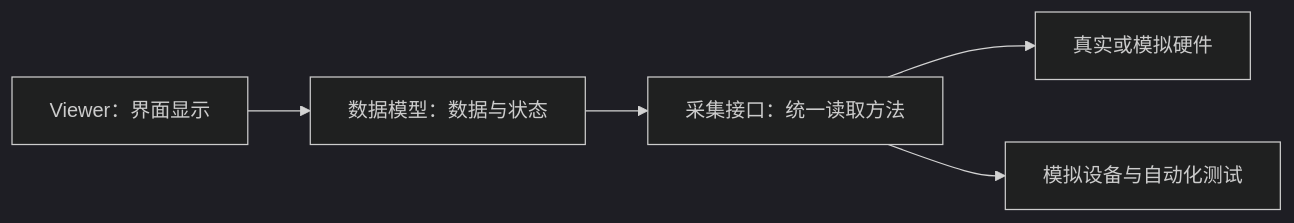
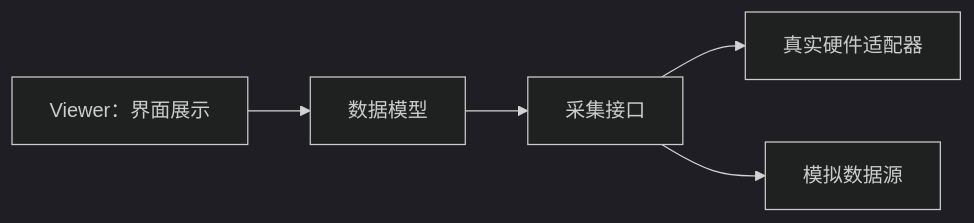
One commit to ilikui/MatlabOOP changed the diagram in CH002/CH00203/README.md. Above: the diagram before and after it, drawn with Mermaid (dark theme). The commit also changed other lines of this file, not shown here.

````diff
--- a/CH002/CH00203/README.md
+++ b/CH002/CH00203/README.md
@@ -30,7 +45,7 @@
 ```mermaid
 flowchart LR
-    UI[Viewer：界面显示] --> M[数据模型：数据与状态]
-    M --> S[采集接口：统一读取方法]
-    S --> HW[真实或模拟硬件]
-    S --> TEST[模拟设备与自动化测试]
+    UI[Viewer：界面展示] --> M[数据模型]
+    M --> S[采集接口]
+    S --> HW[真实硬件适配器]
+    S --> MOCK[模拟数据源]
 ```
````
